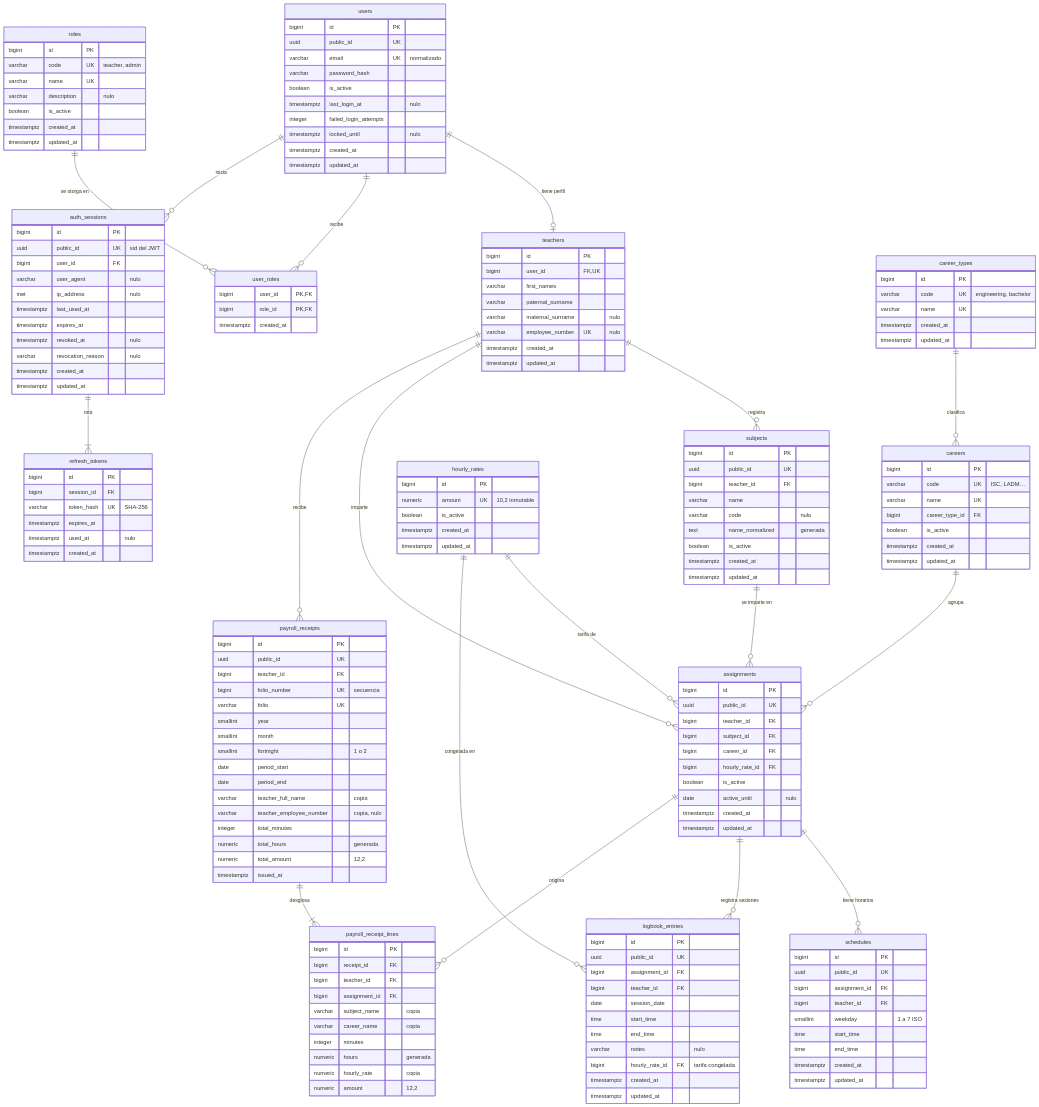
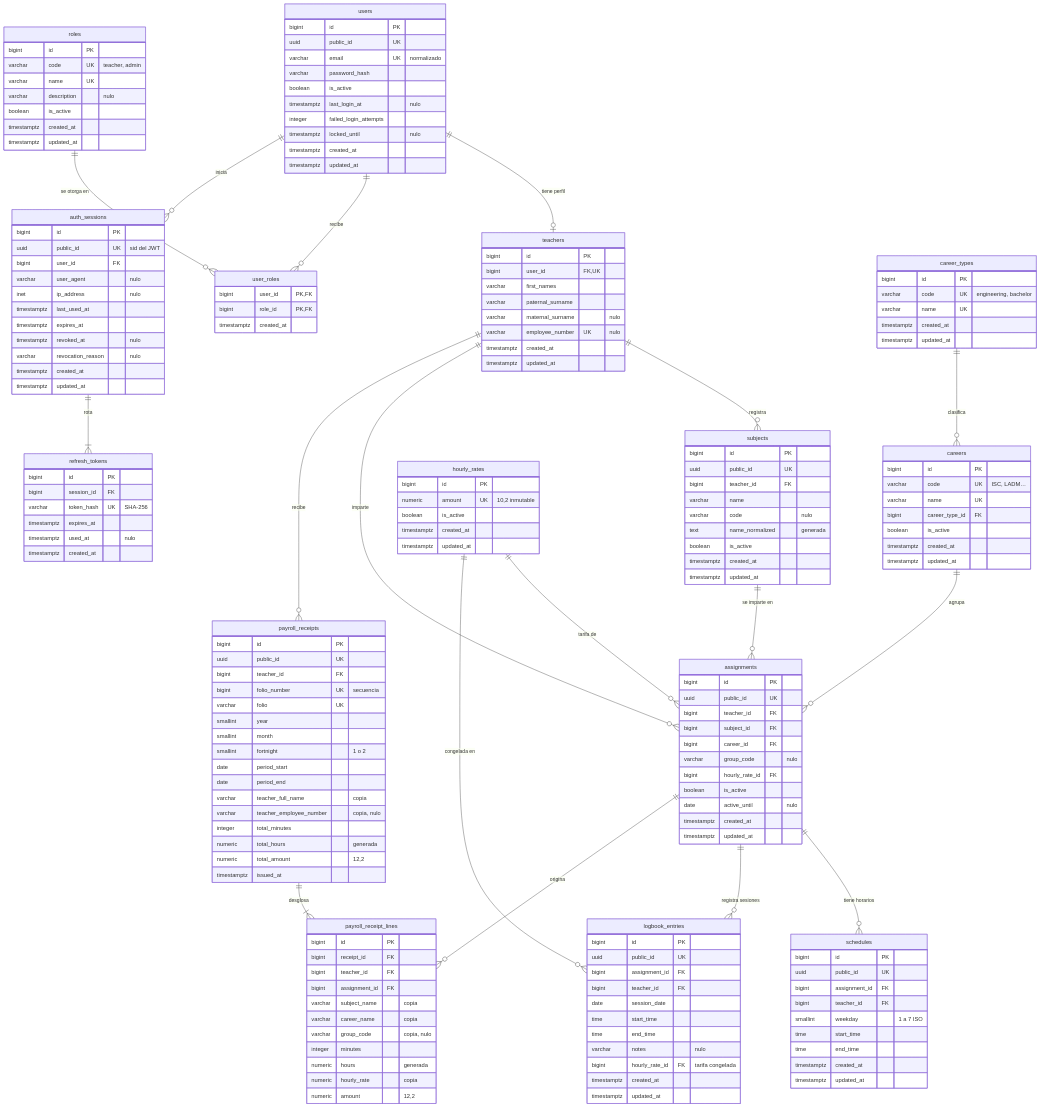
One commit to Joryox/nomina-docente changed the diagram in docs/base-de-datos.md. Above: the diagram before and after it, drawn with Mermaid. The commit also changed other lines of this file and 6 other files, not shown here.

```diff
--- a/docs/base-de-datos.md
+++ b/docs/base-de-datos.md
@@ -138,6 +138,7 @@
         bigint teacher_id FK
         bigint subject_id FK
         bigint career_id FK
+        varchar group_code "nulo"
         bigint hourly_rate_id FK
         boolean is_active
         date active_until "nulo"
@@ -193,6 +194,7 @@
         bigint assignment_id FK
         varchar subject_name "copia"
         varchar career_name "copia"
+        varchar group_code "copia, nulo"
         integer minutes
         numeric hours "generada"
         numeric hourly_rate "copia"
```
